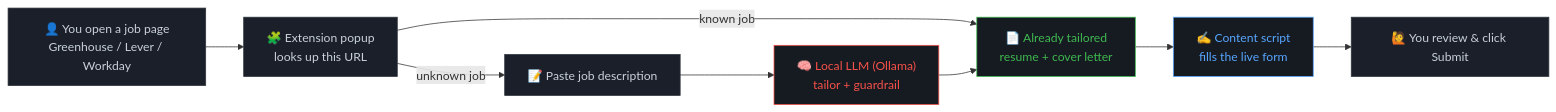
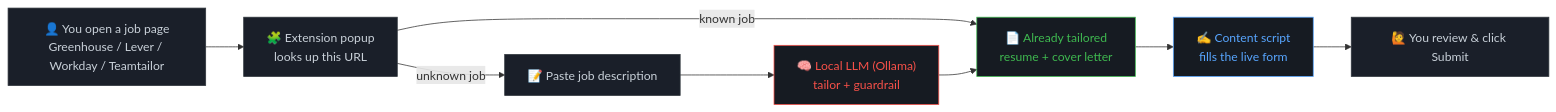
One commit to adro0303/simply-apply-firefox-autofill changed the diagram in firefox-extension/README.md. Above: the diagram before and after it, drawn with Mermaid. The commit also changed other lines of this file and 2 other files, not shown here.

First line of the commit message:
Add Teamtailor support to the Firefox autofill extension

````diff
--- a/firefox-extension/README.md
+++ b/firefox-extension/README.md
@@ -36,18 +36,18 @@
 ```mermaid
 flowchart LR
-    A["👤 You open a job page\nGreenhouse / Lever / Workday"] --> B["🧩 Extension popup\nlooks up this URL"]
+    A["👤 You open a job page\nGreenhouse / Lever / Workday / Teamtailor"] --> B["🧩 Extension popup\nlooks up this URL"]
     B -->|known job| C["📄 Already tailored\nresume + cover letter"]
     B -->|unknown job| D["📝 Paste job description"]
     D --> E["🧠 Local LLM (Ollama)\ntailor + guardrail"]
     E --> C
     C --> F["✍️ Content script\nfills the live form"]
     F --> G["🙋 You review & click Submit"]
 
     style A fill:#1a1f29,stroke:#30363d,color:#c9d1d9
     style B fill:#1a1f29,stroke:#30363d,color:#c9d1d9
     style C fill:#161b22,stroke:#3fb950,color:#3fb950
     style D fill:#1a1f29,stroke:#30363d,color:#c9d1d9
     style E fill:#161b22,stroke:#f85149,color:#f85149
     style F fill:#161b22,stroke:#58a6ff,color:#58a6ff
     style G fill:#1a1f29,stroke:#30363d,color:#c9d1d9
 ```
````
